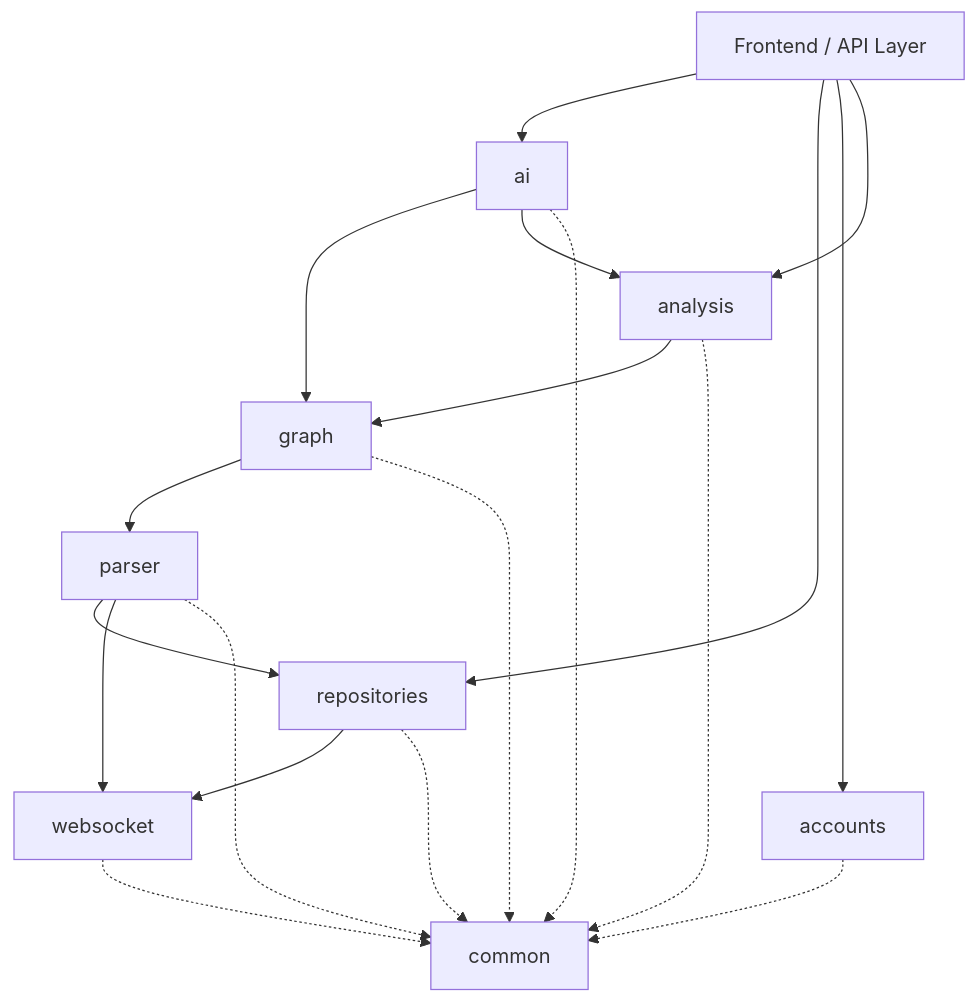
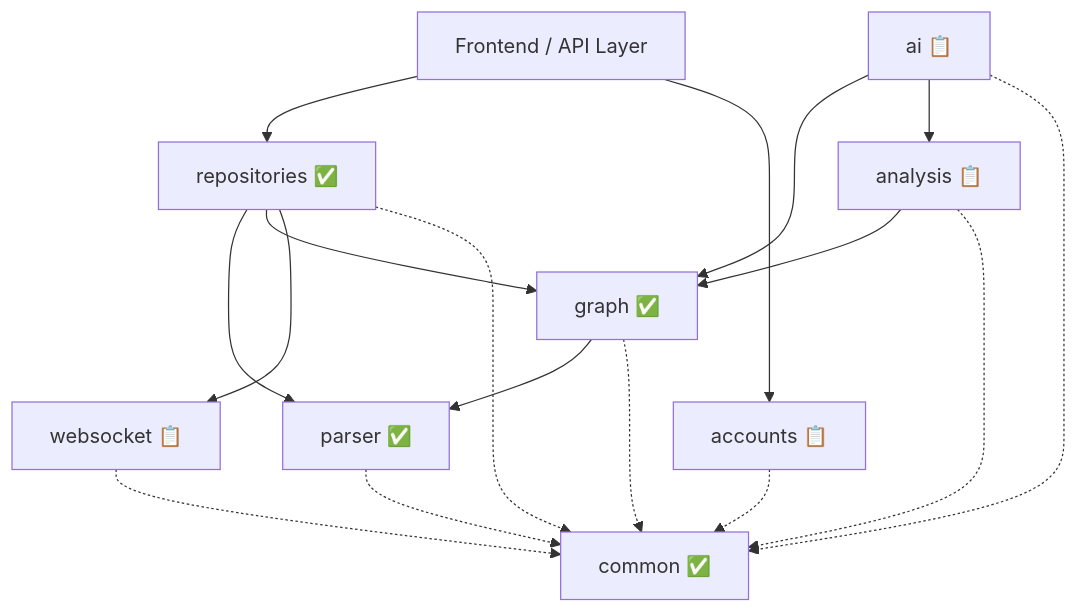
Before and after one commit to rominkevadiya/codeAtlas: the third of 3 diagrams in ARCHITECTURE.md, drawn with Mermaid. The commit also changed other lines of this file and 28 other files, not shown here.

````diff
--- a/ARCHITECTURE.md
+++ b/ARCHITECTURE.md
@@ -76,26 +144,24 @@
 ```mermaid
 graph TD
-    UI[Frontend / API Layer] --> AI[ai]
-    UI --> Repos[repositories]
-    UI --> Accounts[accounts]
-    UI --> Analysis[analysis]
-    
-    AI --> Graph[graph]
-    AI --> Analysis
-    
+    UI[Frontend / API Layer]
+    UI --> Repos[repositories ✅]
+    UI --> Accounts[accounts 📋]
+
+    Repos --> Parser[parser ✅]
+    Repos --> Graph[graph ✅]
+    Repos --> WS[websocket 📋]
+
+    AI[ai 📋] --> Graph
+    AI --> Analysis[analysis 📋]
     Analysis --> Graph
-    Graph --> Parser[parser]
-    Parser --> Repos
-    
-    Repos --> WS[websocket]
-    Parser --> WS
-    
+    Graph --> Parser
+
     %% All depend on common
-    Accounts -.-> Common[common]
-    Repos -.-> Common
+    Repos -.-> Common[common ✅]
     Parser -.-> Common
     Graph -.-> Common
     Analysis -.-> Common
     AI -.-> Common
     WS -.-> Common
+    Accounts -.-> Common
 ```
````
